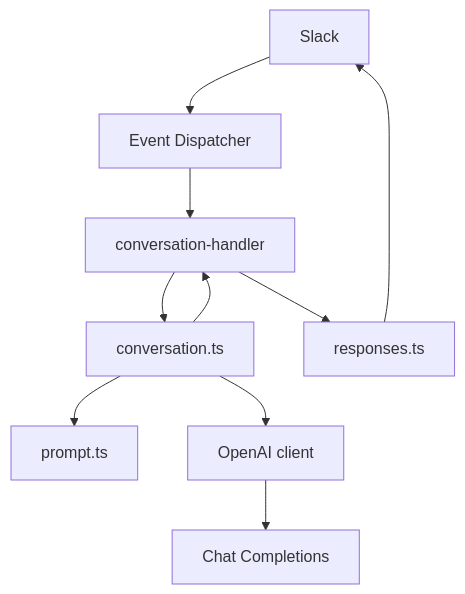
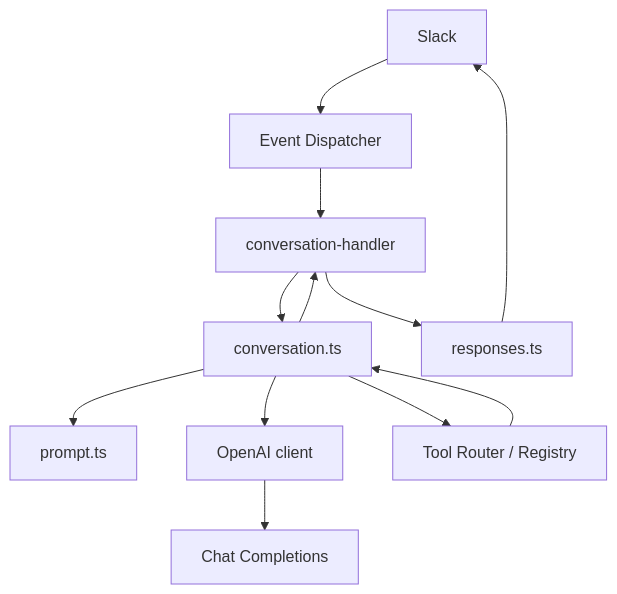
One commit to shopstack-asia/shopstack-timesheet changed the diagram in doc/features/ai/features/AI Conversation Architecture.md. Above: the diagram before and after it, drawn with Mermaid. The commit also changed other lines of this file and 27 other files, not shown here.

````diff
--- a/doc/features/ai/features/AI Conversation Architecture.md
+++ b/doc/features/ai/features/AI Conversation Architecture.md
@@ -9,12 +9,14 @@
 ```mermaid
 flowchart TB
   Slack --> Disp[Event Dispatcher]
   Disp --> CH[conversation-handler]
   CH --> Conv[conversation.ts]
   Conv --> Prompt[prompt.ts]
   Conv --> Client[OpenAI client]
   Client --> API[Chat Completions]
+  Conv --> Tools[Tool Router / Registry]
+  Tools --> Conv
   Conv --> CH
   CH --> Resp[responses.ts]
   Resp --> Slack
 ```
````
